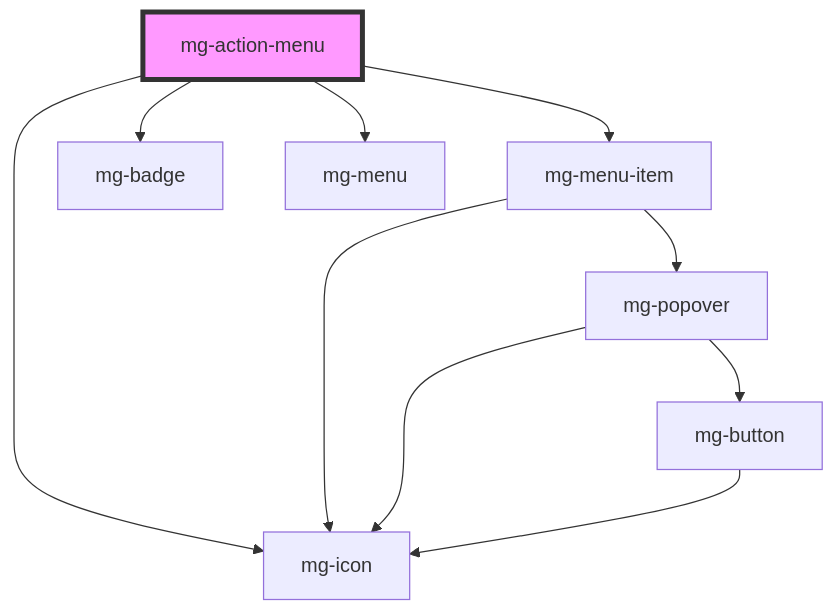
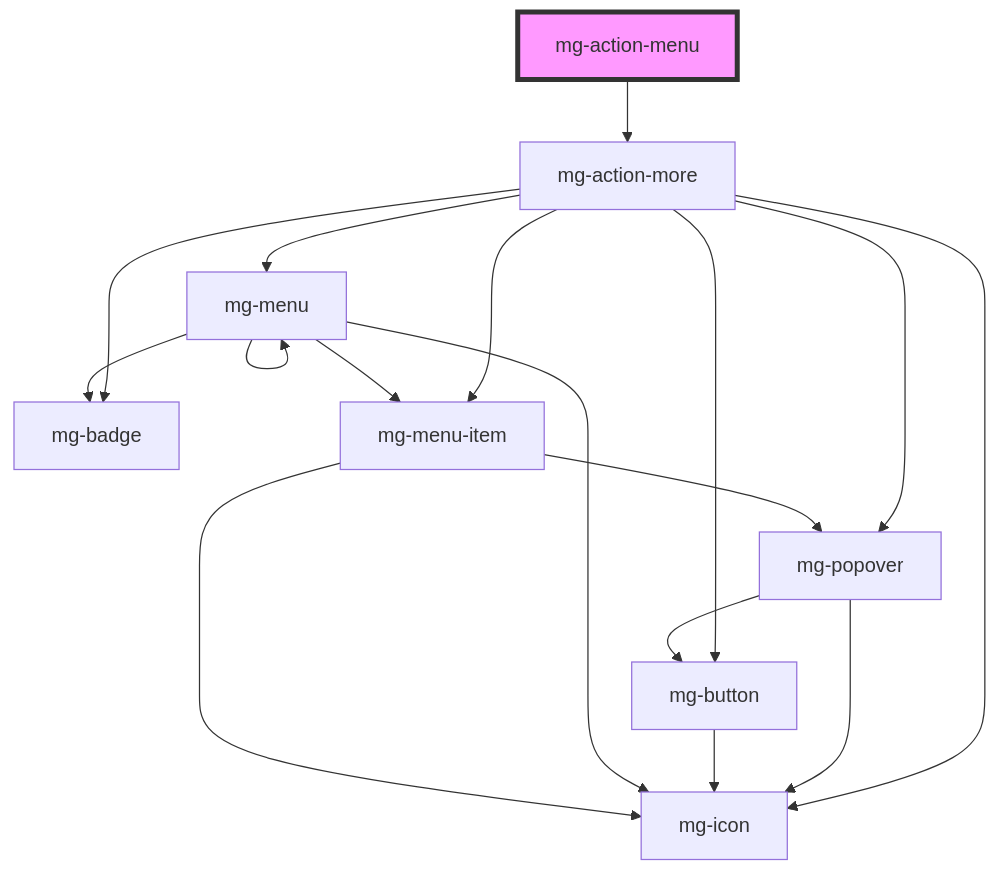
One commit to MGDIS/mg-components changed the diagram in src/components/molecules/menu/mg-action-menu/readme.md. Above: the diagram before and after it, drawn with Mermaid. The commit also changed other lines of this file and 27 other files, not shown here.

First line of the commit message:
feat(mgActionMore): implement mg-action-more in mg-action-menu

````diff
--- a/src/components/molecules/menu/mg-action-menu/readme.md
+++ b/src/components/molecules/menu/mg-action-menu/readme.md
@@ -64,13 +60,20 @@
 ```mermaid
 graph TD;
-  mg-action-menu --> mg-menu-item
-  mg-action-menu --> mg-badge
-  mg-action-menu --> mg-icon
-  mg-action-menu --> mg-menu
-  mg-menu-item --> mg-icon
-  mg-menu-item --> mg-popover
+  mg-action-menu --> mg-action-more
+  mg-action-more --> mg-popover
+  mg-action-more --> mg-button
+  mg-action-more --> mg-icon
+  mg-action-more --> mg-badge
+  mg-action-more --> mg-menu
+  mg-action-more --> mg-menu-item
   mg-popover --> mg-button
   mg-popover --> mg-icon
   mg-button --> mg-icon
+  mg-menu --> mg-menu-item
+  mg-menu --> mg-icon
+  mg-menu --> mg-badge
+  mg-menu --> mg-menu
+  mg-menu-item --> mg-icon
+  mg-menu-item --> mg-popover
   style mg-action-menu fill:#f9f,stroke:#333,stroke-width:4px
 ```
````
